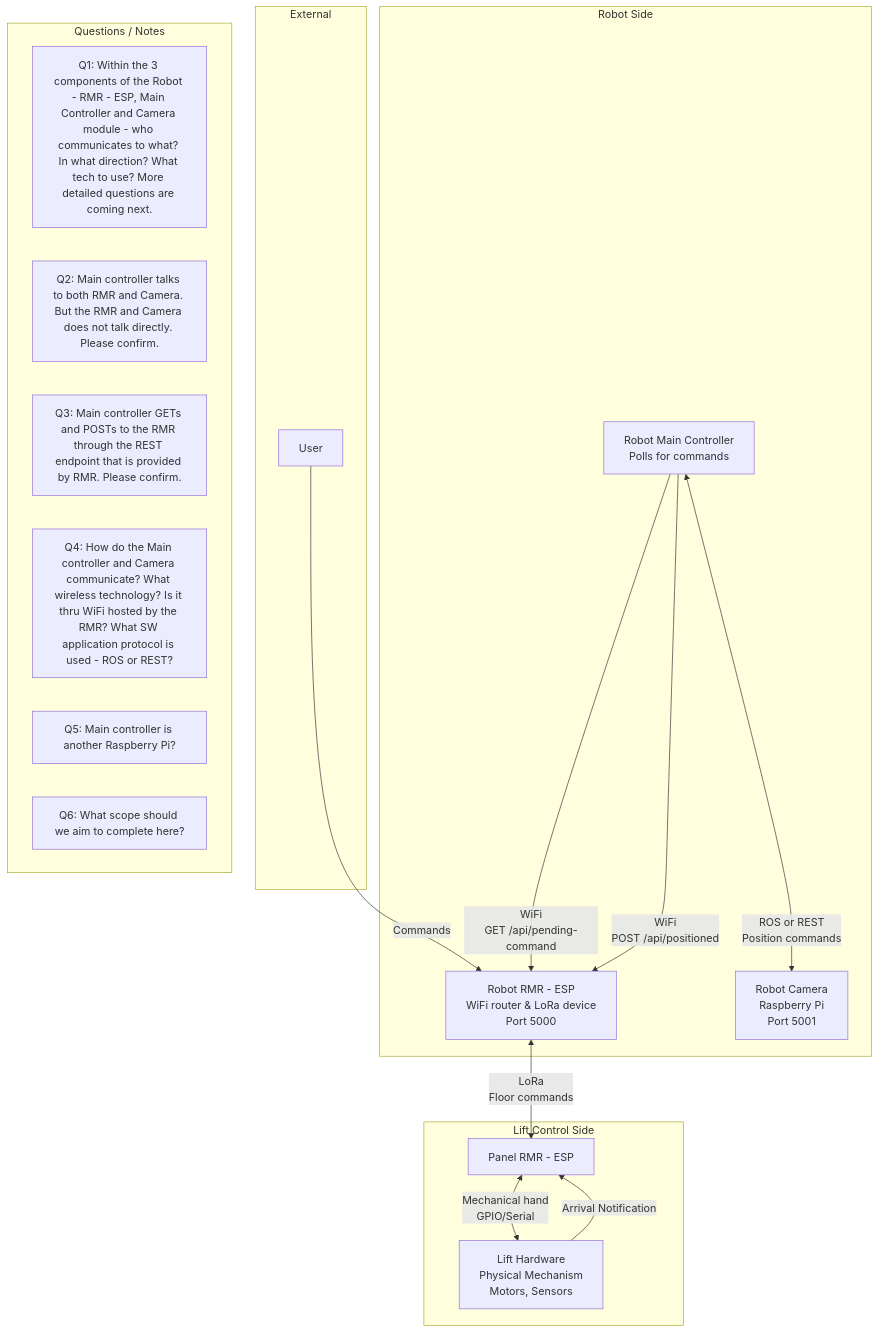
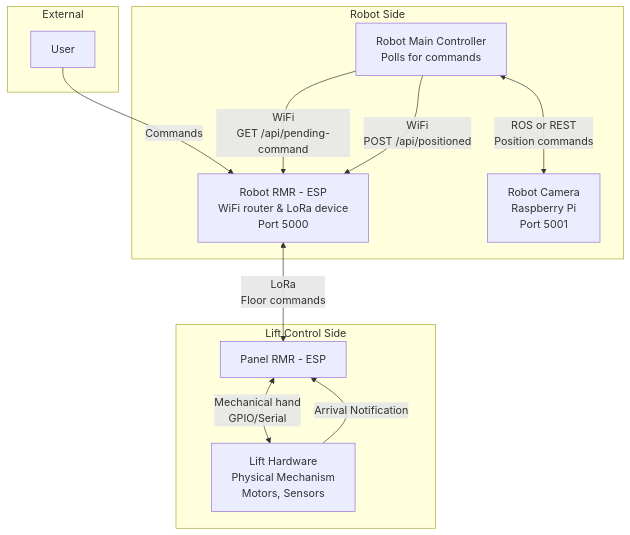
Before and after one commit to in-is-ah/rmr: the second of 3 diagrams in senthil_version_sequence_diagram.md, drawn with Mermaid. The commit also changed other lines of this file, not shown here.

Commit message:
Move questions to a separate section in the diagram

````diff
--- a/senthil_version_sequence_diagram.md
+++ b/senthil_version_sequence_diagram.md
@@ -51,34 +51,25 @@
 ```mermaid
 graph TB
     subgraph "External"
         User[User]
     end
     
     subgraph "Robot Side"
         RobotRMR[Robot RMR - ESP<br/>WiFi router & LoRa device<br/>Port 5000]
         RobotMainController[Robot Main Controller<br/>Polls for commands]
         RobotCamera[Robot Camera<br/>Raspberry Pi<br/>Port 5001]
     end
     
     subgraph "Lift Control Side"
         PanelRMR[Panel RMR - ESP]
         LiftHardware[Lift Hardware<br/>Physical Mechanism<br/>Motors, Sensors]
     end
     
-    subgraph "Questions / Notes"
-        Q1["Q1: Within the 3 components of the Robot - RMR - ESP, Main Controller and Camera module - who communicates to what? In what direction? What tech to use? More detailed questions are coming next."]
-        Q2["Q2: Main controller talks to both RMR and Camera. But the RMR and Camera does not talk directly. Please confirm."]
-        Q3["Q3: Main controller GETs and POSTs to the RMR through the REST endpoint that is provided by RMR. Please confirm."]
-        Q4["Q4: How do the Main controller and Camera communicate? What wireless technology? Is it thru WiFi hosted by the RMR? What SW application protocol is used - ROS or REST?"]
-        Q5["Q5: Main controller is another Raspberry Pi?"]
-        Q6["Q6: What scope should we aim to complete here?"]
-    end
-    
     User -->|Commands| RobotRMR
     RobotMainController -->|WiFi<br/>GET /api/pending-command| RobotRMR
     RobotMainController -->|WiFi<br/>POST /api/positioned| RobotRMR
     RobotMainController <-->|ROS or REST<br/>Position commands| RobotCamera
     RobotRMR <-->|LoRa<br/>Floor commands| PanelRMR
     PanelRMR <-->|Mechanical hand<br/>GPIO/Serial| LiftHardware
     LiftHardware -->|Arrival Notification| PanelRMR
 ```
````
